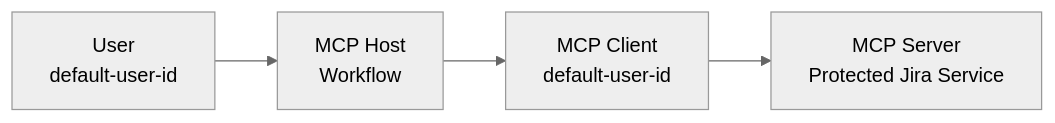
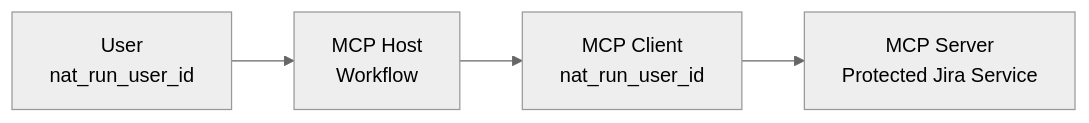
Before and after one commit to yifei-gpt/NeMo-Agent-Toolkit: the first of 2 diagrams in docs/source/components/auth/mcp-auth/index.md, drawn with Mermaid (neutral theme). The commit also changed other lines of this file and 7 other files, not shown here.

````diff
--- a/docs/source/components/auth/mcp-auth/index.md
+++ b/docs/source/components/auth/mcp-auth/index.md
@@ -118,6 +115,6 @@
 ```mermaid
 flowchart LR
-  U[User<br/>default-user-id] --> H[MCP Host<br/>Workflow]
-  H --> C[MCP Client<br/>default-user-id]
+  U[User<br/>nat_run_user_id] --> H[MCP Host<br/>Workflow]
+  H --> C[MCP Client<br/>nat_run_user_id]
   C --> S[MCP Server<br/>Protected Jira Service]
 ```
````
